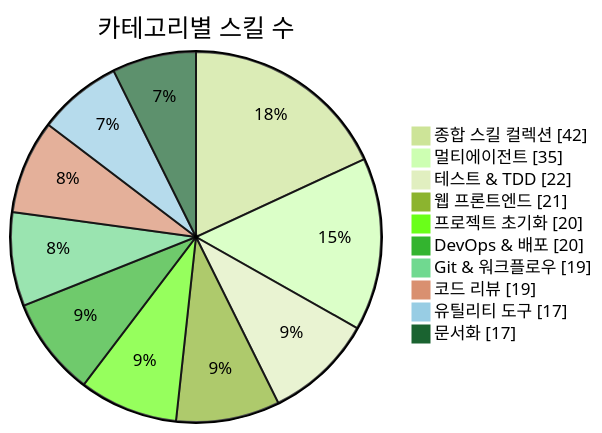
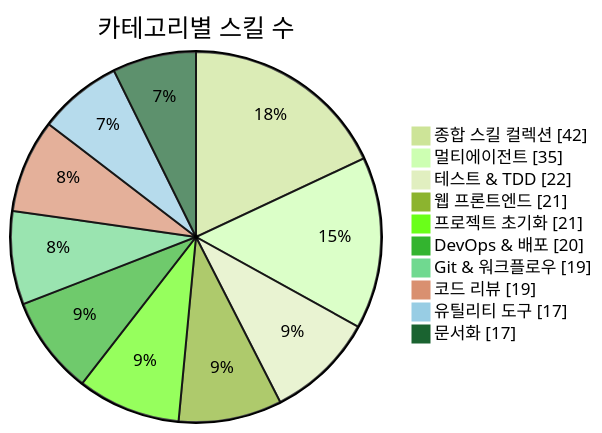
Before and after one commit to J-nowcow/awesome-korean-agent-skills: the first of 3 diagrams in README.md, drawn with Mermaid (forest theme). The commit also changed other lines of this file and 28 other files, not shown here.

````diff
--- a/README.md
+++ b/README.md
@@ -176,14 +176,14 @@
 ```mermaid
 pie showData
     title 카테고리별 스킬 수
     "종합 스킬 컬렉션" : 42
     "멀티에이전트" : 35
     "테스트 & TDD" : 22
     "웹 프론트엔드" : 21
-    "프로젝트 초기화" : 20
+    "프로젝트 초기화" : 21
     "DevOps & 배포" : 20
     "Git & 워크플로우" : 19
     "코드 리뷰" : 19
     "유틸리티 도구" : 17
     "문서화" : 17
 ```
````
